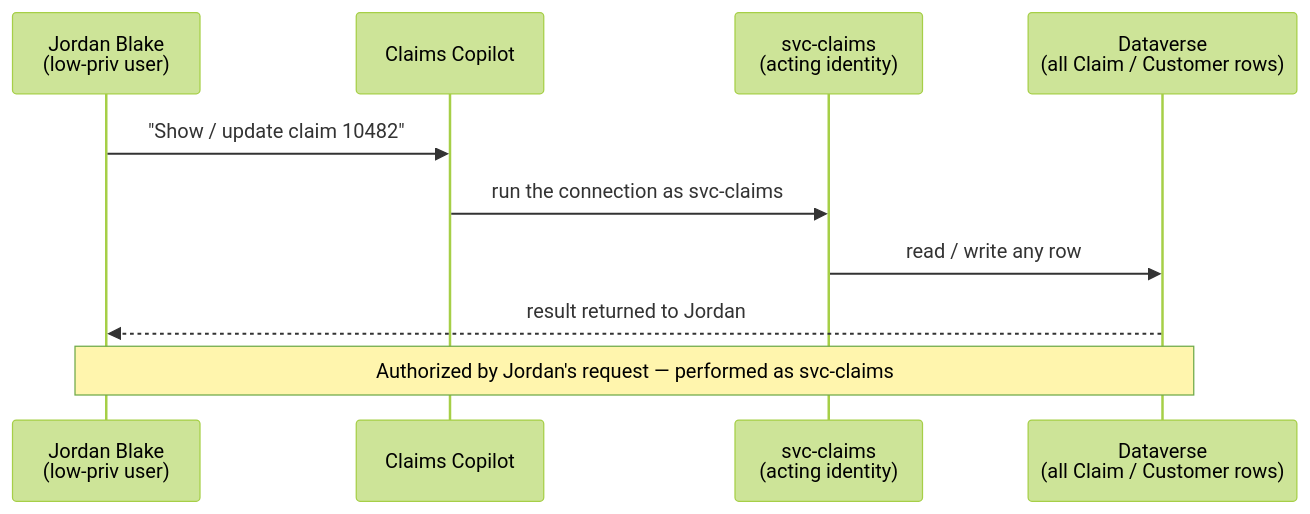
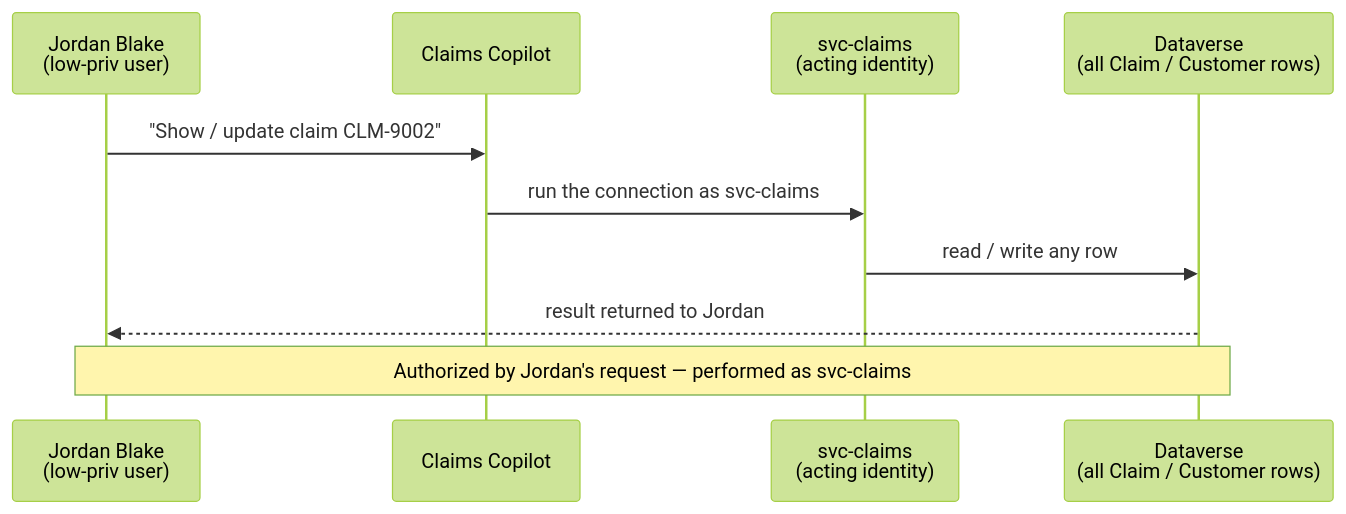
The diagram in docs/04_break_the_agents/04_04.md (solliancenet/copilot-studio-shadow-agents-workshop), drawn with Mermaid (forest theme) before and after one commit. The commit also changed other lines of this file and 24 other files, not shown here.

````diff
--- a/docs/04_break_the_agents/04_04.md
+++ b/docs/04_break_the_agents/04_04.md
@@ -30,12 +30,12 @@
 ```mermaid
 sequenceDiagram
   participant J as Jordan Blake<br/>(low-priv user)
   participant A as Claims Copilot
   participant S as svc-claims<br/>(acting identity)
   participant D as Dataverse<br/>(all Claim / Customer rows)
-  J->>A: "Show / update claim 10482"
+  J->>A: "Show / update claim CLM-9002"
   A->>S: run the connection as svc-claims
   S->>D: read / write any row
   D-->>J: result returned to Jordan
   Note over J,D: Authorized by Jordan's request — performed as svc-claims
 ```
````
